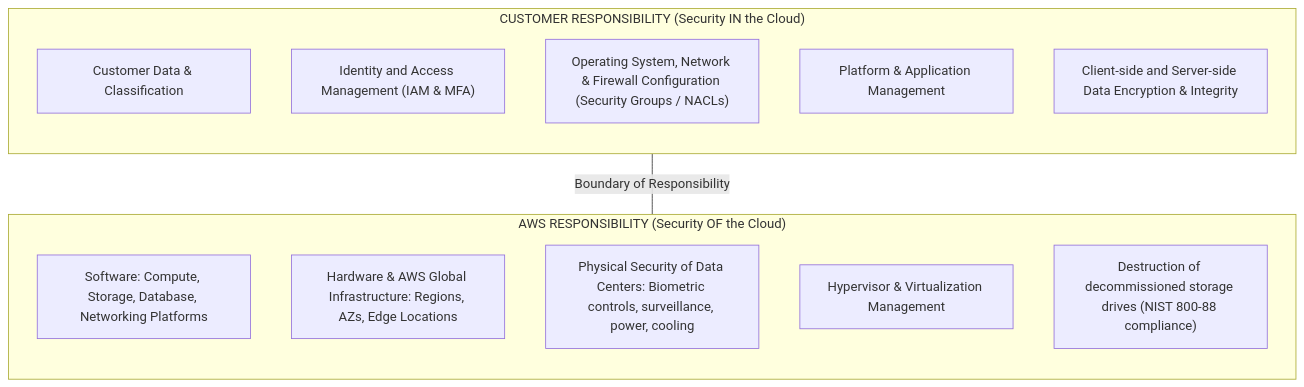
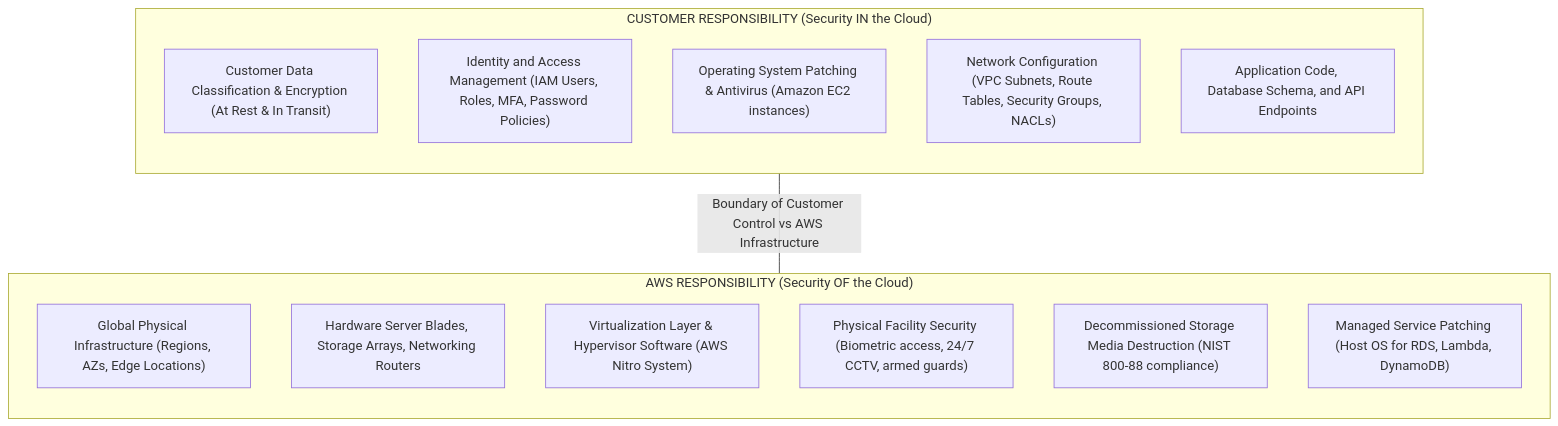
One commit to fakhruldeen/AWS changed the second of 3 diagrams in Cloud/Practitioner/CLF-C02/06_Explanations/01_Cloud_Concepts/Shared_Responsibility_Model.md. Above: the diagram before and after it, drawn with Mermaid. The commit also changed other lines of this file and 18 other files, not shown here.

````diff
--- a/Cloud/Practitioner/CLF-C02/06_Explanations/01_Cloud_Concepts/Shared_Responsibility_Model.md
+++ b/Cloud/Practitioner/CLF-C02/06_Explanations/01_Cloud_Concepts/Shared_Responsibility_Model.md
@@ -24,22 +83,23 @@
 ```mermaid
 flowchart TD
     subgraph CustomerResponsibility ["CUSTOMER RESPONSIBILITY (Security IN the Cloud)"]
         direction TB
-        C1["Customer Data & Classification"]
-        C2["Identity and Access Management (IAM & MFA)"]
-        C3["Operating System, Network & Firewall Configuration (Security Groups / NACLs)"]
-        C4["Platform & Application Management"]
-        C5["Client-side and Server-side Data Encryption & Integrity"]
+        C1["Customer Data Classification & Encryption (At Rest & In Transit)"]
+        C2["Identity and Access Management (IAM Users, Roles, MFA, Password Policies)"]
+        C3["Operating System Patching & Antivirus (Amazon EC2 instances)"]
+        C4["Network Configuration (VPC Subnets, Route Tables, Security Groups, NACLs)"]
+        C5["Application Code, Database Schema, and API Endpoints"]
     end
 
     subgraph AWSResponsibility ["AWS RESPONSIBILITY (Security OF the Cloud)"]
         direction TB
-        A1["Software: Compute, Storage, Database, Networking Platforms"]
-        A2["Hardware & AWS Global Infrastructure: Regions, AZs, Edge Locations"]
-        A3["Physical Security of Data Centers: Biometric controls, surveillance, power, cooling"]
-        A4["Hypervisor & Virtualization Management"]
-        A5["Destruction of decommissioned storage drives (NIST 800-88 compliance)"]
+        A1["Global Physical Infrastructure (Regions, AZs, Edge Locations)"]
+        A2["Hardware Server Blades, Storage Arrays, Networking Routers"]
+        A3["Virtualization Layer & Hypervisor Software (AWS Nitro System)"]
+        A4["Physical Facility Security (Biometric access, 24/7 CCTV, armed guards)"]
+        A5["Decommissioned Storage Media Destruction (NIST 800-88 compliance)"]
+        A6["Managed Service Patching (Host OS for RDS, Lambda, DynamoDB)"]
     end
 
-    CustomerResponsibility ---|Boundary of Responsibility| AWSResponsibility
+    CustomerResponsibility ---|Boundary of Customer Control vs AWS Infrastructure| AWSResponsibility
 ```
````
